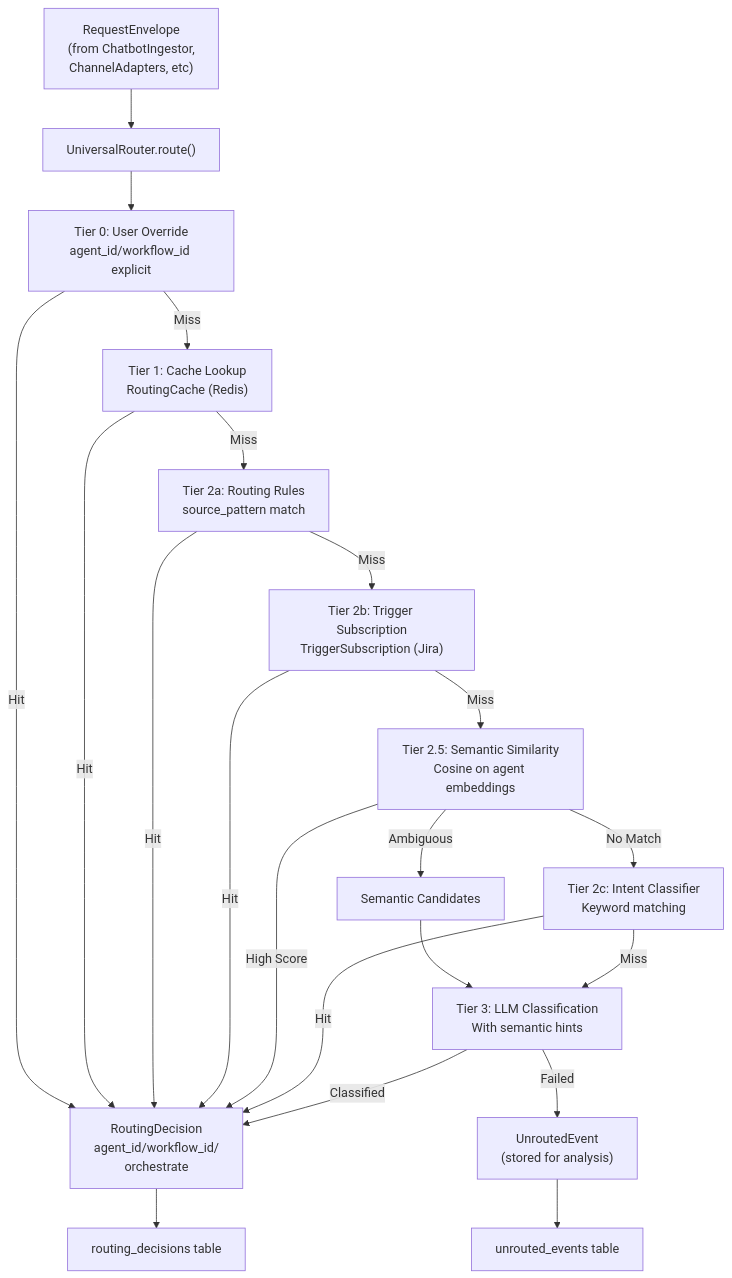
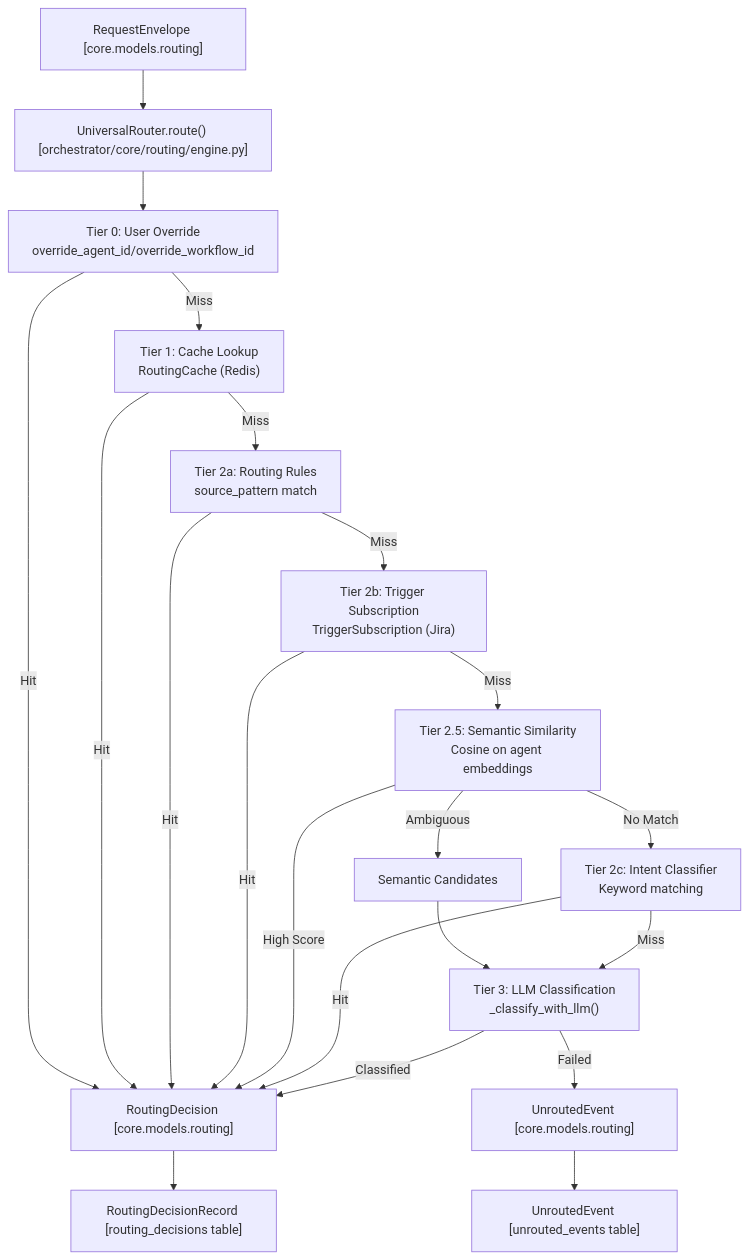
Before and after one commit to AutomatosAI/automatos-ai: the first of 3 diagrams in docs/universal-router/_index.md, drawn with Mermaid. The commit also changed other lines of this file and 153 other files, not shown here.

````diff
--- a/docs/universal-router/_index.md
+++ b/docs/universal-router/_index.md
@@ -55,44 +34,44 @@
 ```mermaid
 graph TB
-    Input["RequestEnvelope<br/>(from ChatbotIngestor,<br/>ChannelAdapters, etc)"]
-    Router["UniversalRouter.route()"]
+    Input["RequestEnvelope [core.models.routing]"]
+    Router["UniversalRouter.route() [orchestrator/core/routing/engine.py]"]
     
     Input --> Router
     
-    Router --> T0["Tier 0: User Override<br/>agent_id/workflow_id explicit"]
+    Router --> T0["Tier 0: User Override<br/>override_agent_id/override_workflow_id"]
     T0 -->|Hit| Decision
     T0 -->|Miss| T1
     
     T1["Tier 1: Cache Lookup<br/>RoutingCache (Redis)"]
     T1 -->|Hit| Decision
     T1 -->|Miss| T2a
     
     T2a["Tier 2a: Routing Rules<br/>source_pattern match"]
     T2a -->|Hit| Decision
     T2a -->|Miss| T2b
     
     T2b["Tier 2b: Trigger Subscription<br/>TriggerSubscription (Jira)"]
     T2b -->|Hit| Decision
     T2b -->|Miss| T2_5
     
     T2_5["Tier 2.5: Semantic Similarity<br/>Cosine on agent embeddings"]
     T2_5 -->|High Score| Decision
     T2_5 -->|Ambiguous| Candidates
     
     Candidates["Semantic Candidates"] --> T3
     T2_5 -->|No Match| T2c
     
     T2c["Tier 2c: Intent Classifier<br/>Keyword matching"]
     T2c -->|Hit| Decision
     T2c -->|Miss| T3
     
-    T3["Tier 3: LLM Classification<br/>With semantic hints"]
+    T3["Tier 3: LLM Classification<br/>_classify_with_llm()"]
     T3 -->|Classified| Decision
     T3 -->|Failed| Unrouted
     
-    Decision["RoutingDecision<br/>agent_id/workflow_id/<br/>orchestrate"]
-    Unrouted["UnroutedEvent<br/>(stored for analysis)"]
+    Decision["RoutingDecision [core.models.routing]"]
+    Unrouted["UnroutedEvent [core.models.routing]"]
     
-    Decision --> Log["routing_decisions table"]
-    Unrouted --> UnroutedTable["unrouted_events table"]
+    Decision --> Log["RoutingDecisionRecord [routing_decisions table]"]
+    Unrouted --> UnroutedTable["UnroutedEvent [unrouted_events table]"]
 ```
````
